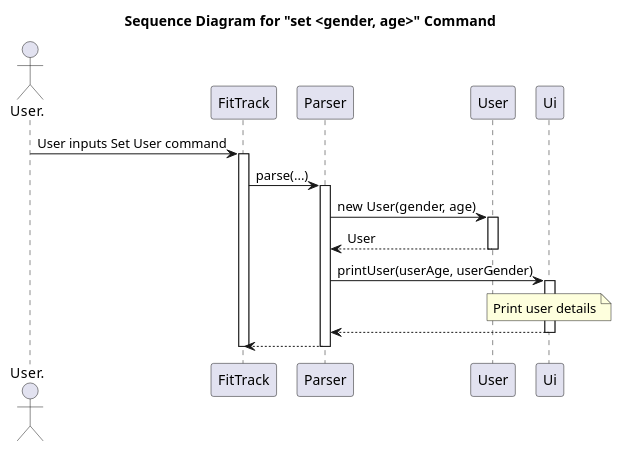
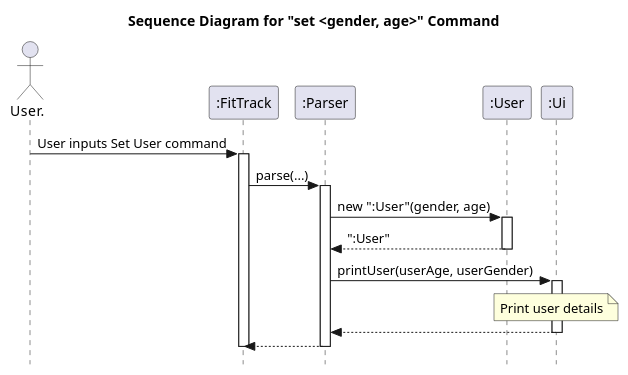
One commit to nus-cs2113-AY2425S1/tp changed the diagram in docs/Diagrams/Sequence_SetUser.puml. Above: the diagram before and after it, drawn with PlantUML. The commit also changed 13 other files, not shown here.

Commit message:
Updated sequence diagrams

```diff
--- a/docs/Diagrams/Sequence_SetUser.puml
+++ b/docs/Diagrams/Sequence_SetUser.puml
@@ -1,29 +1,30 @@
 @startuml
 title Sequence Diagram for "set <gender, age>" Command
+skinparam style strictuml
 
 actor User.
 
-User. -> FitTrack: User inputs Set User command
+User. -> ":FitTrack": User inputs Set User command
 
-activate FitTrack
-FitTrack -> Parser: parse(...)
-activate Parser
+activate ":FitTrack"
+":FitTrack" -> ":Parser": parse(...)
+activate ":Parser"
 
-Parser -> User: new User(gender, age)
-activate User
-User --> Parser: User
-deactivate User
+":Parser" -> ":User": new ":User"(gender, age)
+activate ":User"
+":User" --> ":Parser": ":User"
+deactivate ":User"
 
-Parser -> Ui: printUser(userAge, userGender)
-activate Ui
+":Parser" -> ":Ui": printUser(userAge, userGender)
+activate ":Ui"
 
-note over Ui
+note over ":Ui"
     Print user details
 end note
-Ui --> Parser
-deactivate Ui
-Parser --> FitTrack
-deactivate Parser
-deactivate FitTrack
+":Ui" --> ":Parser"
+deactivate ":Ui"
+":Parser" --> ":FitTrack"
+deactivate ":Parser"
+deactivate ":FitTrack"
 
 @enduml
```
